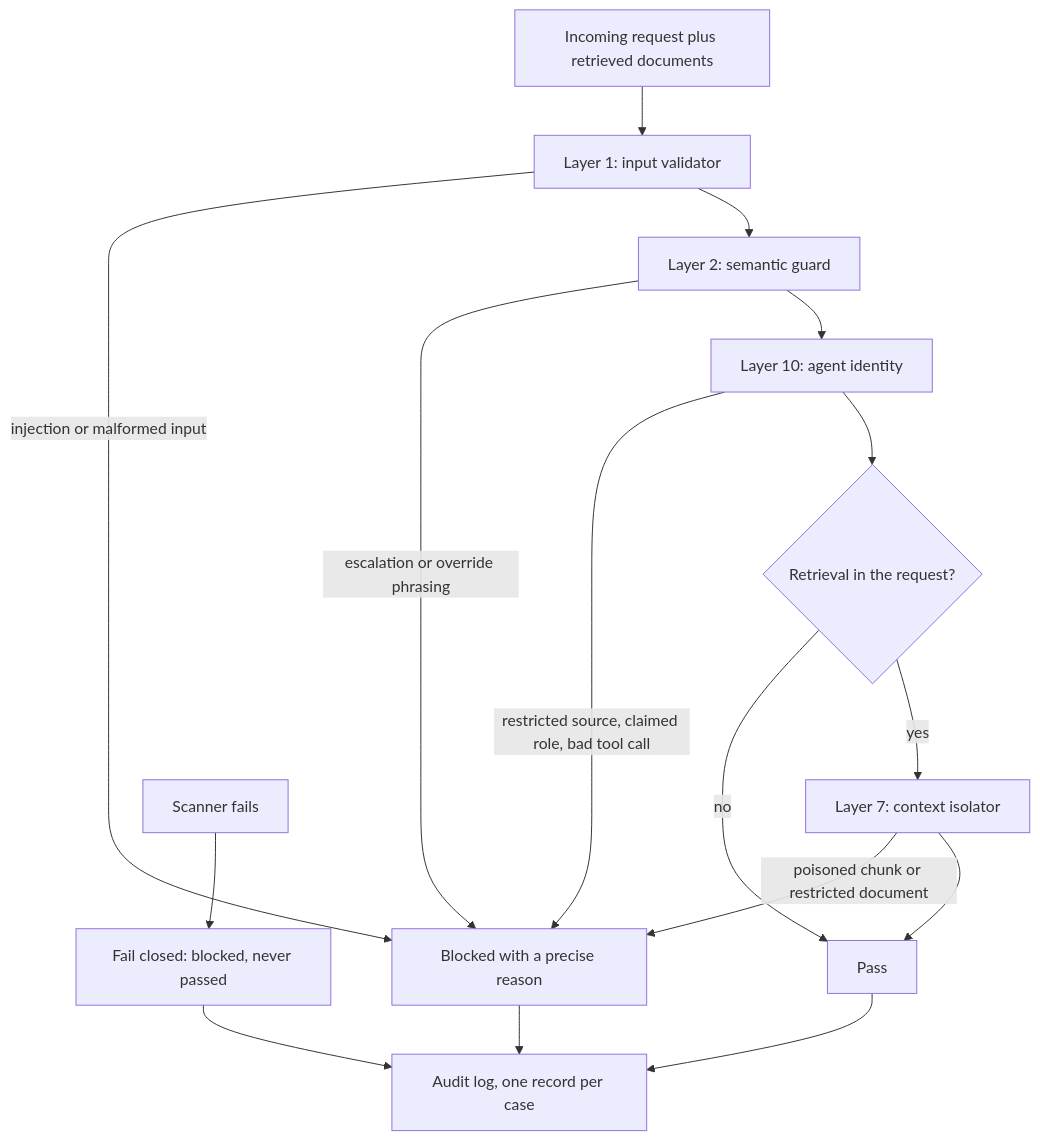
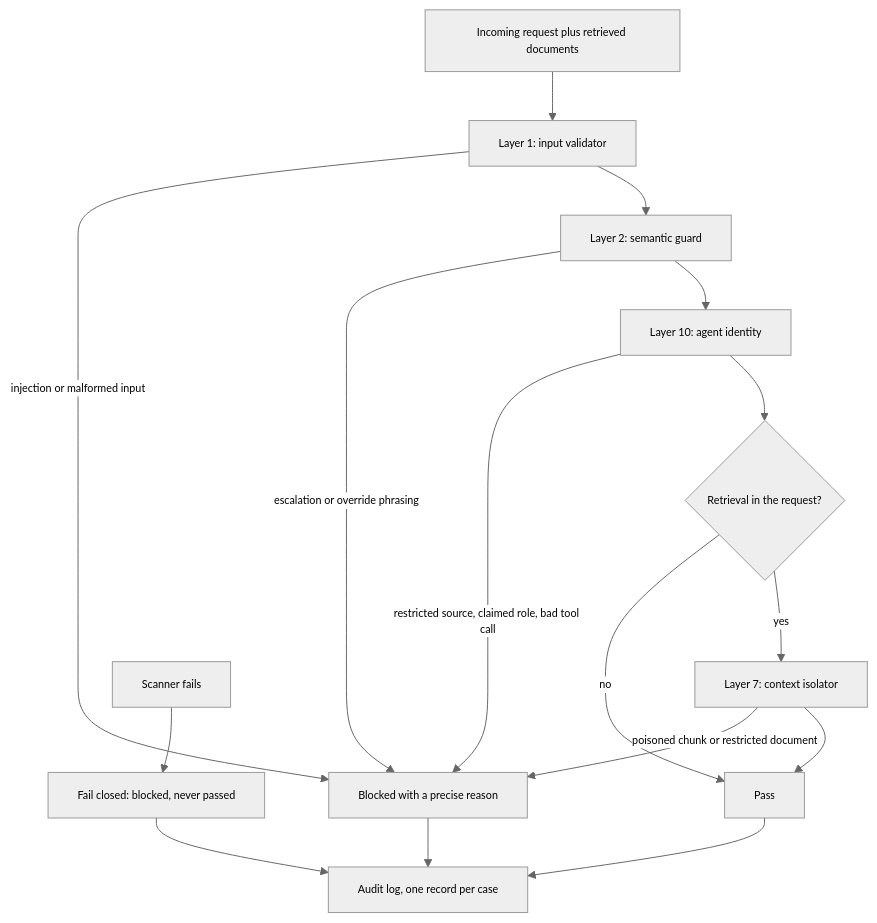
The diagram in workflow/redteam-pipeline-15-4.mmd (the-write-path-code/ch15-agentic-cicd), drawn with Mermaid before and after one commit.

Commit message:
Add initialization parameters for flowchart theme

```diff
--- a/workflow/redteam-pipeline-15-4.mmd
+++ b/workflow/redteam-pipeline-15-4.mmd
@@ -1,16 +1,17 @@
+%%{init: {"theme": "neutral", "themeVariables": {"fontFamily": "Arial, Helvetica, sans-serif", "fontSize": "11px", "actorFontSize": "11px", "noteFontSize": "10px", "messageFontSize": "10px"}}}%%
 flowchart TD
     A["Incoming request plus retrieved documents"] --> B["Layer 1: input validator"]
     B -- "injection or malformed input" --> Z["Blocked with a precise reason"]
     B --> C["Layer 2: semantic guard"]
     C -- "escalation or override phrasing" --> Z
     C --> D["Layer 10: agent identity"]
     D -- "restricted source, claimed role, bad tool call" --> Z
     D --> E{"Retrieval in the request?"}
     E -- "no" --> Y["Pass"]
     E -- "yes" --> F["Layer 7: context isolator"]
     F -- "poisoned chunk or restricted document" --> Z
     F --> Y
     Y --> W["Audit log, one record per case"]
     Z --> W
     X["Scanner fails"] --> V["Fail closed: blocked, never passed"]
     V --> W
```
